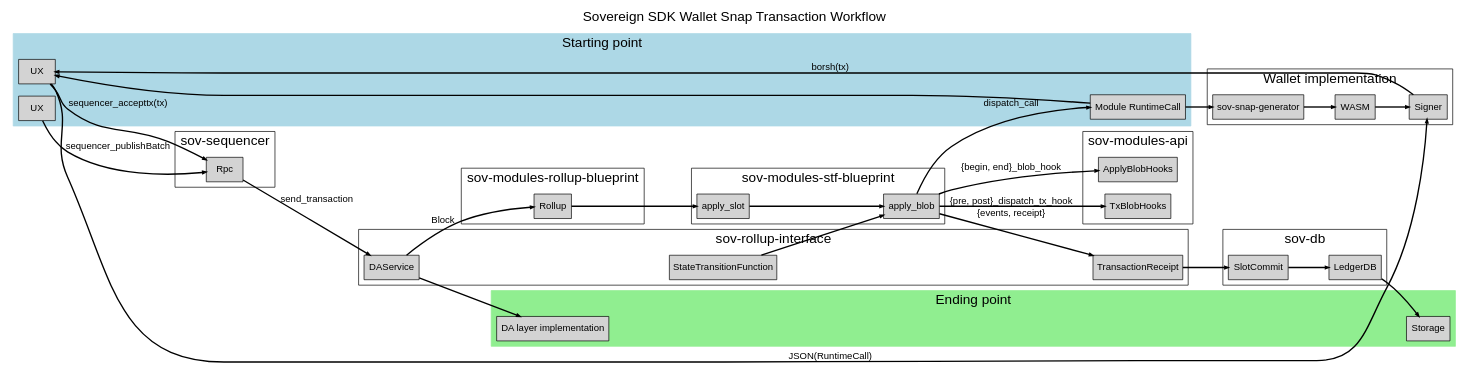
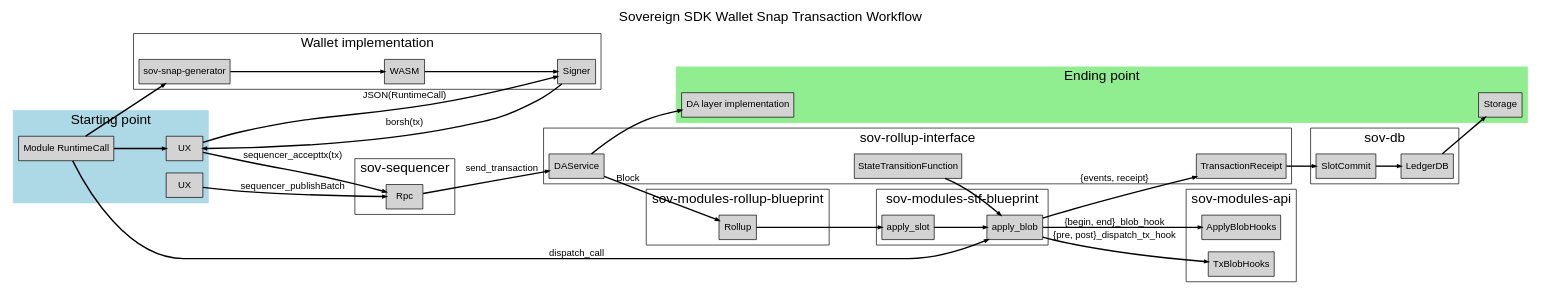
One commit to Sovereign-Labs/docs-draft changed the diagram in 0001-transaction-wallet-workflow.md. Above: the diagram before and after it, drawn with Graphviz. The commit also changed other lines of this file, not shown here.

Commit message:
fix direction of runtime call

````diff
--- a/0001-transaction-wallet-workflow.md
+++ b/0001-transaction-wallet-workflow.md
@@ -3,6 +3,5 @@
 ```dot
 digraph tx_flow {
-fontname = "Helvetica,Arial,sans-serif"
     graph [
         label = "Sovereign SDK Wallet Snap Transaction Workflow"
         labelloc = t
@@ -112,7 +111,7 @@
     apply_blob -> module_apply_blob_hooks [label="{begin, end}_blob_hook"]
     apply_blob -> module_tx_hooks [label="{pre, post}_dispatch_tx_hook"]
     apply_blob -> rollup_tx_receipt [label="{events, receipt}"]
-    apply_blob -> module_runtime [label="dispatch_call"]
+    module_runtime -> apply_blob [label="dispatch_call"]
 
     rollup_tx_receipt -> db_slot_commit
     db_slot_commit -> db_ledger
````
